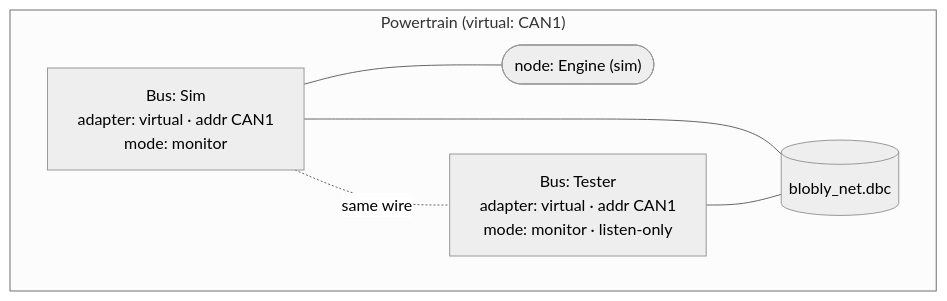
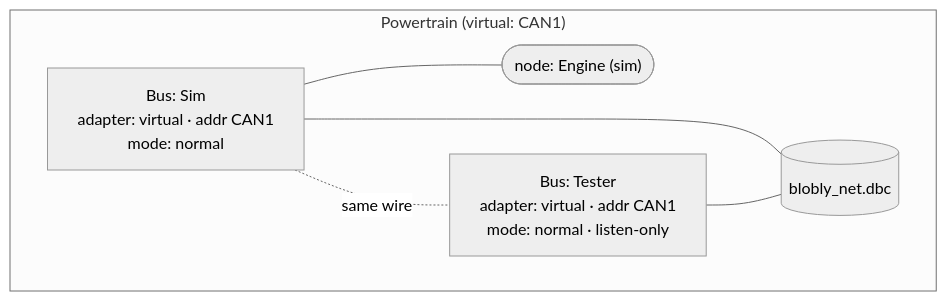
Before and after one commit to MartenH/blobly_net: the third of 7 diagrams in docs/project_editing.md, drawn with Mermaid (neutral theme). The commit also changed other lines of this file and 17 other files, not shown here.

First line of the commit message:
Normal is the default: listen-only is a tick, off is the row tick, monitor is normal, and the Log follows (#253)

````diff
--- a/docs/project_editing.md
+++ b/docs/project_editing.md
@@ -147,13 +147,13 @@
 ```mermaid
 flowchart TD
   subgraph PT["Powertrain (virtual: CAN1)"]
-    B1["Bus: Sim<br/>adapter: virtual · addr CAN1<br/>mode: monitor"]
+    B1["Bus: Sim<br/>adapter: virtual · addr CAN1<br/>mode: normal"]
     N1(["node: Engine (sim)"])
-    B2["Bus: Tester<br/>adapter: virtual · addr CAN1<br/>mode: monitor · listen-only"]
+    B2["Bus: Tester<br/>adapter: virtual · addr CAN1<br/>mode: normal · listen-only"]
     DBC1[("blobly_net.dbc")]
     B1 --- N1
     B1 -. same wire .- B2
     B1 --- DBC1
     B2 --- DBC1
   end
 ```
````
